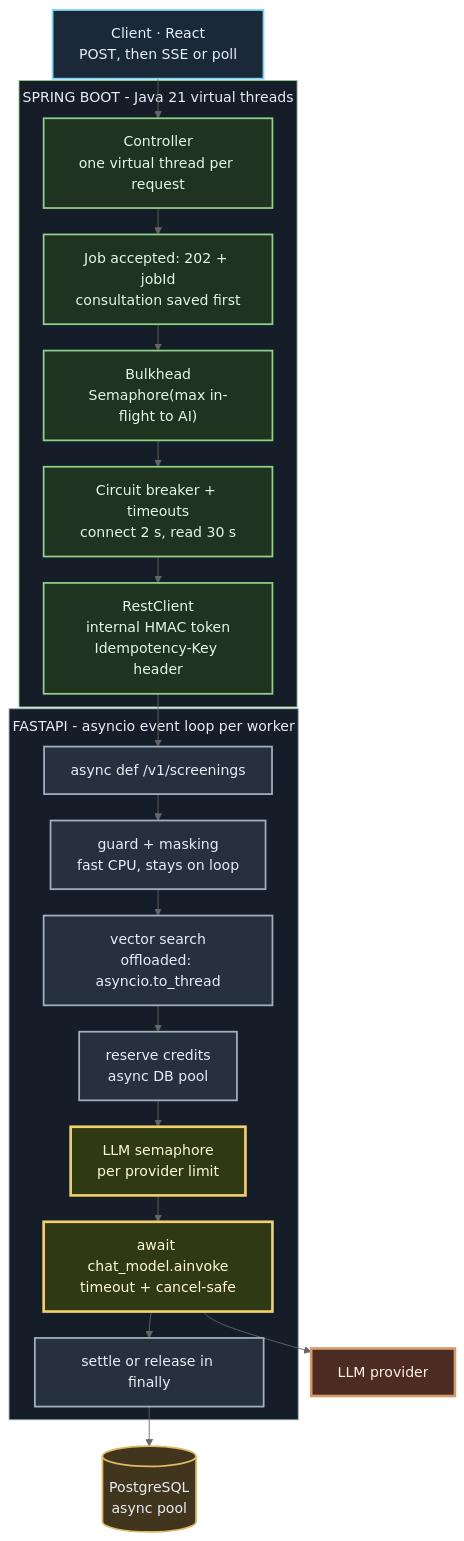
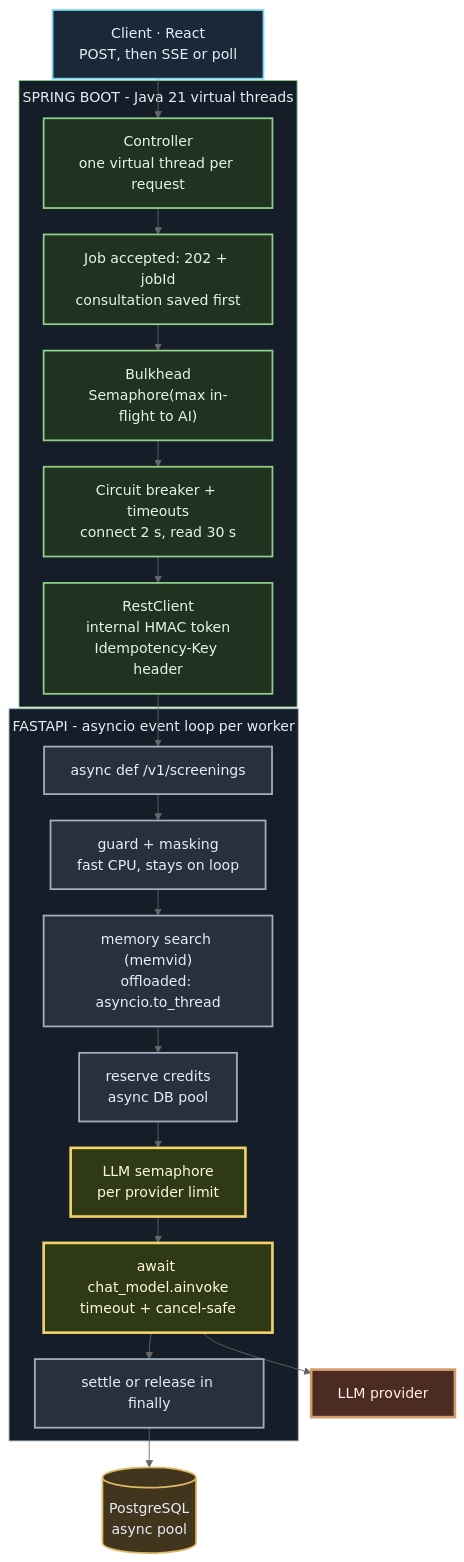
Before and after one commit to ai-agent-orchestrator/spring-fastapi-async-refactor: the diagram in diagrams/02-after.mmd, drawn with Mermaid (neutral theme). The commit also changed 4 other files, not shown here.

```diff
--- a/diagrams/02-after.mmd
+++ b/diagrams/02-after.mmd
@@ -1,36 +1,36 @@
 %%{init: {"flowchart": {"rankSpacing": 30, "nodeSpacing": 24, "subGraphTitleMargin": {"top": 8, "bottom": 20}}}}%%
 flowchart TB
     C["Client · React<br/>POST, then SSE or poll"] --> S
     subgraph SP["SPRING BOOT - Java 21 virtual threads"]
         S["Controller<br/>one virtual thread per request"] --> J["Job accepted: 202 + jobId<br/>consultation saved first"]
         J --> B["Bulkhead<br/>Semaphore(max in-flight to AI)"]
         B --> CB["Circuit breaker + timeouts<br/>connect 2 s, read 30 s"]
         CB --> RC["RestClient<br/>internal HMAC token<br/>Idempotency-Key header"]
     end
     RC --> E
     subgraph PY["FASTAPI - asyncio event loop per worker"]
         E["async def /v1/screenings"] --> G["guard + masking<br/>fast CPU, stays on loop"]
-        G --> V["vector search<br/>offloaded: asyncio.to_thread"]
+        G --> V["memory search (memvid)<br/>offloaded: asyncio.to_thread"]
         V --> R["reserve credits<br/>async DB pool"]
         R --> LS["LLM semaphore<br/>per provider limit"]
         LS --> A["await chat_model.ainvoke<br/>timeout + cancel-safe"]
         A --> ST["settle or release in finally"]
     end
     A --> M["LLM provider"]
     ST --> DB[("PostgreSQL<br/>async pool")]
     class C result
     class S,J,B,CB,RC java
     class E,G,V,R,ST python
     class LS,A ours
     class M worker
     class DB control
     classDef engineering fill:#18344b,stroke:#5ba7db,stroke-width:2px,color:#e6edf6
     classDef python fill:#26313d,stroke:#a1afbf,stroke-width:2px,color:#e6edf6
     classDef java fill:#1f3320,stroke:#8fcf86,stroke-width:2px,color:#e6f6e4
     classDef ours fill:#2f3a14,stroke:#f2d16b,stroke-width:3px,color:#fff8dc
     classDef worker fill:#4b2b22,stroke:#d39a6a,stroke-width:3px,color:#fff0e6
     classDef control fill:#42351e,stroke:#ddb965,stroke-width:2px,color:#e6edf6
     classDef result fill:#1a2837,stroke:#78d5ef,stroke-width:2px,color:#e6edf6
     classDef stop fill:#40282d,stroke:#c58b92,stroke-width:2px,color:#e6edf6
     style SP fill:#151e28,stroke:#8fcf86,stroke-width:1px,color:#e6edf6
     style PY fill:#151e28,stroke:#a1afbf,stroke-width:1px,color:#e6edf6
```
